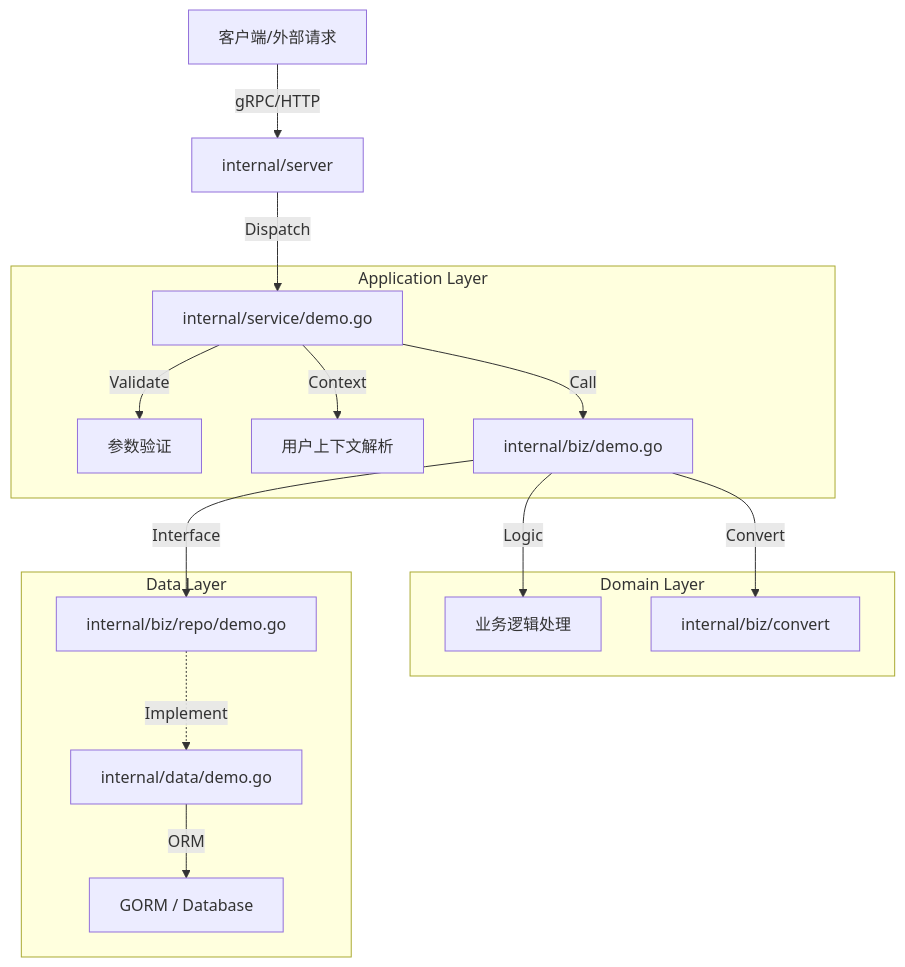
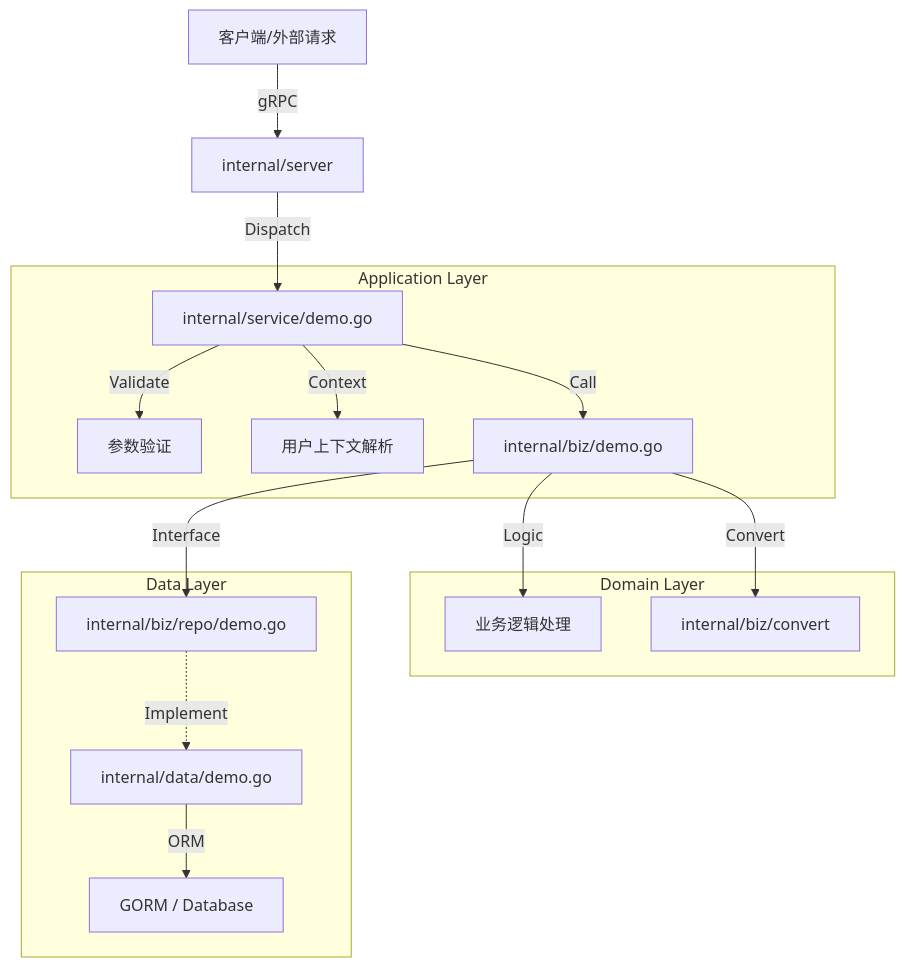
One commit to fireflycore/go-layout changed the diagram in docs/data-flow.md. Above: the diagram before and after it, drawn with Mermaid. The commit also changed 5 other files, not shown here.

````diff
--- a/docs/data-flow.md
+++ b/docs/data-flow.md
@@ -7,22 +7,22 @@
 ```mermaid
 graph TD
-    Client[客户端/外部请求] -->|gRPC/HTTP| Server[internal/server]
+    Client[客户端/外部请求] -->|gRPC| Server[internal/server]
     Server -->|Dispatch| Service[internal/service/demo.go]
     
     subgraph "Application Layer"
     Service -->|Validate| ProtoValidate[参数验证]
     Service -->|Context| UserMeta[用户上下文解析]
     Service -->|Call| Biz[internal/biz/demo.go]
     end
     
     subgraph "Domain Layer"
     Biz -->|Logic| BizLogic[业务逻辑处理]
     Biz -->|Convert| Convert[internal/biz/convert]
     end
     
     subgraph "Data Layer"
     Biz -->|Interface| RepoInterface[internal/biz/repo/demo.go]
     RepoInterface -.->|Implement| RepoImpl[internal/data/demo.go]
     RepoImpl -->|ORM| GORM[GORM / Database]
     end
 ```
````
